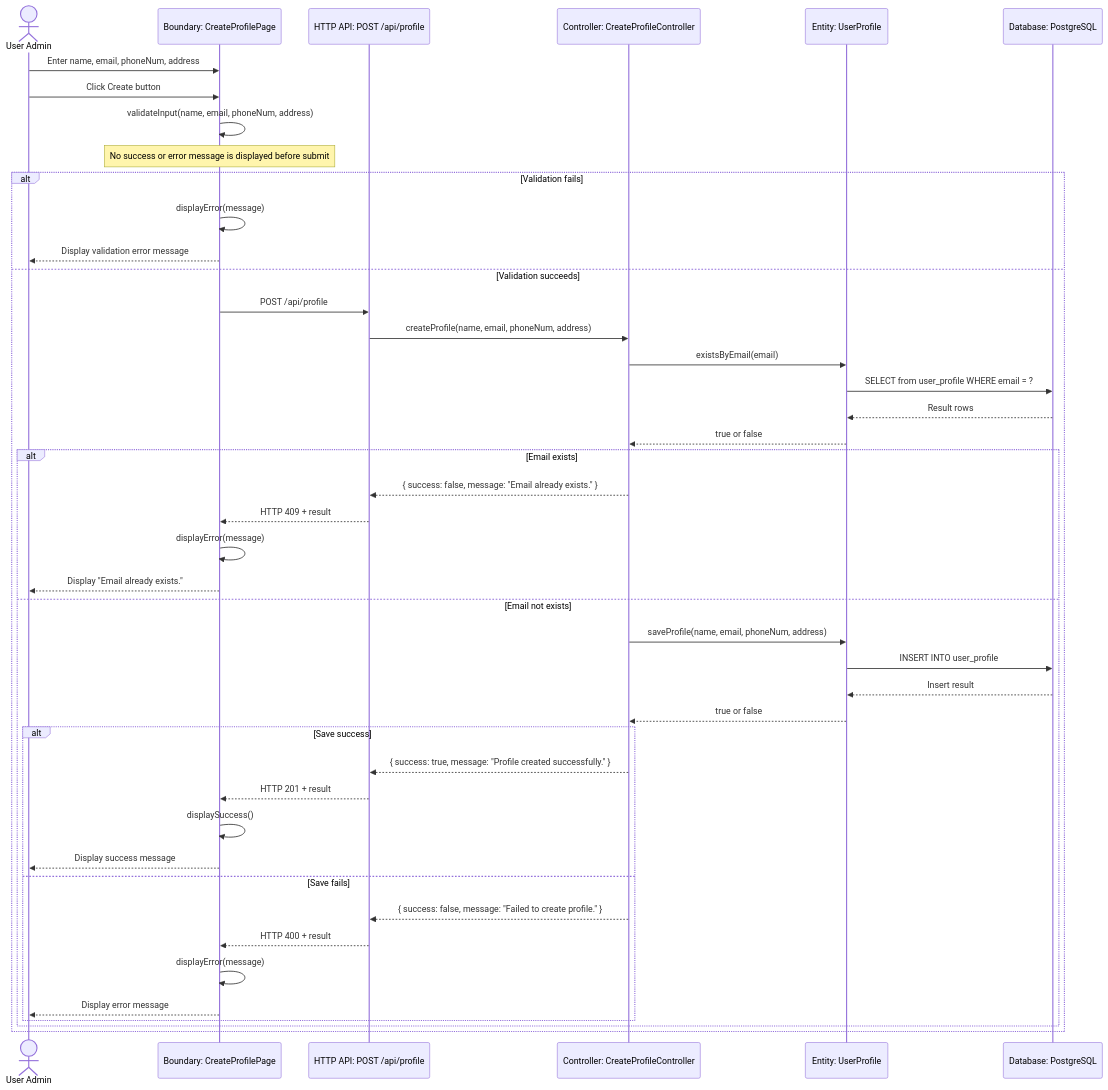
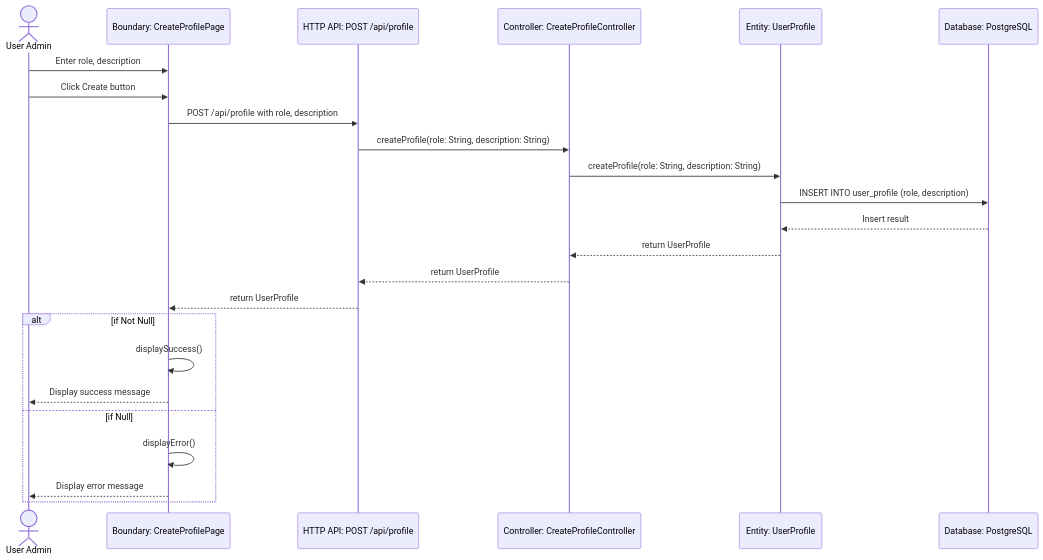
One commit to JSL124/SDM-project changed the diagram in docs/profile/sequence-diagram.md. Above: the diagram before and after it, drawn with Mermaid. The commit also changed 86 other files, not shown here.

````diff
--- a/docs/profile/sequence-diagram.md
+++ b/docs/profile/sequence-diagram.md
@@ -3,50 +3,28 @@
 ```mermaid
 sequenceDiagram
     actor UserAdmin as User Admin
     participant CreateProfilePage as Boundary: CreateProfilePage
     participant ProfileRoute as HTTP API: POST /api/profile
     participant CreateProfileController as Controller: CreateProfileController
     participant UserProfile as Entity: UserProfile
     participant PostgreSQL as Database: PostgreSQL
 
-    UserAdmin->>CreateProfilePage: Enter name, email, phoneNum, address
+    UserAdmin->>CreateProfilePage: Enter role, description
     UserAdmin->>CreateProfilePage: Click Create button
-    CreateProfilePage->>CreateProfilePage: validateInput(name, email, phoneNum, address)
-    Note over CreateProfilePage: No success or error message is displayed before submit
+    CreateProfilePage->>ProfileRoute: POST /api/profile with role, description
+    ProfileRoute->>CreateProfileController: createProfile(role: String, description: String)
+    CreateProfileController->>UserProfile: createProfile(role: String, description: String)
+    UserProfile->>PostgreSQL: INSERT INTO user_profile (role, description)
+    PostgreSQL-->>UserProfile: Insert result
+    UserProfile-->>CreateProfileController: return UserProfile
+    CreateProfileController-->>ProfileRoute: return UserProfile
+    ProfileRoute-->>CreateProfilePage: return UserProfile
 
-    alt Validation fails
-        CreateProfilePage->>CreateProfilePage: displayError(message)
-        CreateProfilePage-->>UserAdmin: Display validation error message
-    else Validation succeeds
-        CreateProfilePage->>ProfileRoute: POST /api/profile
-        ProfileRoute->>CreateProfileController: createProfile(name, email, phoneNum, address)
-        CreateProfileController->>UserProfile: existsByEmail(email)
-        UserProfile->>PostgreSQL: SELECT from user_profile WHERE email = ?
-        PostgreSQL-->>UserProfile: Result rows
-        UserProfile-->>CreateProfileController: true or false
-
-        alt Email exists
-            CreateProfileController-->>ProfileRoute: { success: false, message: "Email already exists." }
-            ProfileRoute-->>CreateProfilePage: HTTP 409 + result
-            CreateProfilePage->>CreateProfilePage: displayError(message)
-            CreateProfilePage-->>UserAdmin: Display "Email already exists."
-        else Email not exists
-            CreateProfileController->>UserProfile: saveProfile(name, email, phoneNum, address)
-            UserProfile->>PostgreSQL: INSERT INTO user_profile
-            PostgreSQL-->>UserProfile: Insert result
-            UserProfile-->>CreateProfileController: true or false
-
-            alt Save success
-                CreateProfileController-->>ProfileRoute: { success: true, message: "Profile created successfully." }
-                ProfileRoute-->>CreateProfilePage: HTTP 201 + result
-                CreateProfilePage->>CreateProfilePage: displaySuccess()
-                CreateProfilePage-->>UserAdmin: Display success message
-            else Save fails
-                CreateProfileController-->>ProfileRoute: { success: false, message: "Failed to create profile." }
-                ProfileRoute-->>CreateProfilePage: HTTP 400 + result
-                CreateProfilePage->>CreateProfilePage: displayError(message)
-                CreateProfilePage-->>UserAdmin: Display error message
-            end
-        end
+    alt if Not Null
+        CreateProfilePage->>CreateProfilePage: displaySuccess()
+        CreateProfilePage-->>UserAdmin: Display success message
+    else if Null
+        CreateProfilePage->>CreateProfilePage: displayError()
+        CreateProfilePage-->>UserAdmin: Display error message
     end
 ```
````
